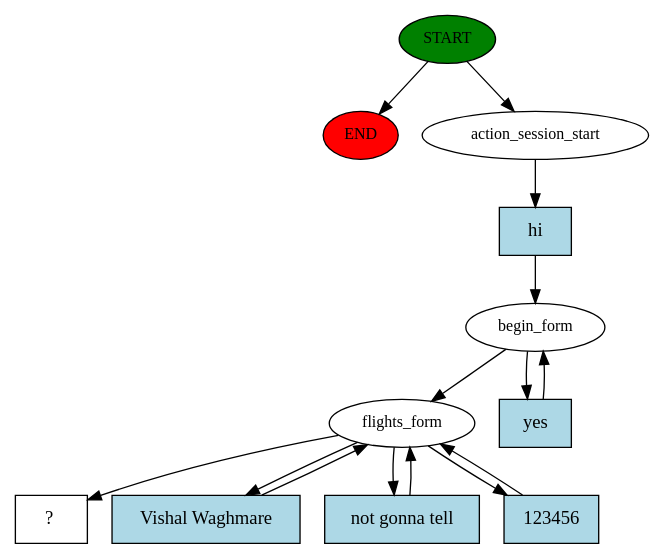
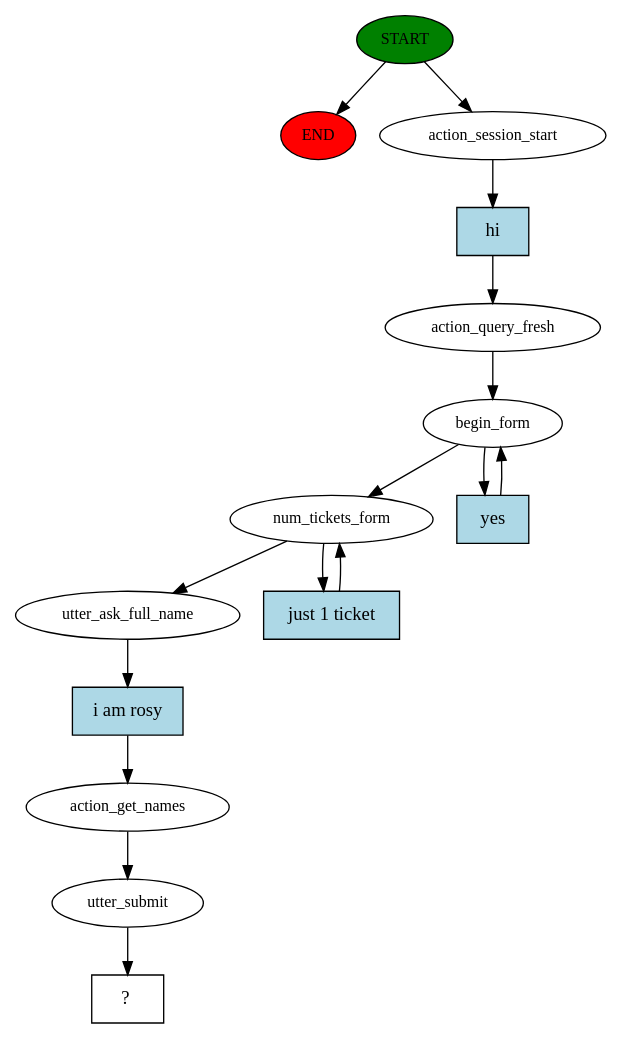
One commit to vishalw-iitk/Rasa_flight_tickets changed the diagram in rasa_main/story_graph.dot. Above: the diagram before and after it, drawn with Graphviz. The commit also changed 6 other files, not shown here.

Commit message:
amadeus api working for flights form | working actions ticket show preview | And slot without form for full_name working

```diff
--- a/rasa_main/story_graph.dot
+++ b/rasa_main/story_graph.dot
@@ -1,27 +1,31 @@
 digraph  {
 0 [class="start active", fillcolor=green, fontsize=12, label=START, style=filled];
 "-1" [class=end, fillcolor=red, fontsize=12, label=END, style=filled];
 1 [class=active, fontsize=12, label=action_session_start];
-2 [class=active, fontsize=12, label=begin_form];
-4 [class=active, fontsize=12, label=flights_form];
-8 [class="intent dashed active", label="  ?  ", shape=rect];
-9 [class="intent active", fillcolor=lightblue, label=hi, shape=rect, style=filled];
-10 [class="intent active", fillcolor=lightblue, label=yes, shape=rect, style=filled];
-11 [class="intent active", fillcolor=lightblue, label="Vishal Waghmare", shape=rect, style=filled];
-12 [class="intent active", fillcolor=lightblue, label="not gonna tell", shape=rect, style=filled];
-13 [class="intent active", fillcolor=lightblue, label=123456, shape=rect, style=filled];
+2 [class=active, fontsize=12, label=action_query_fresh];
+3 [class=active, fontsize=12, label=begin_form];
+5 [class=active, fontsize=12, label=num_tickets_form];
+7 [class=active, fontsize=12, label=utter_ask_full_name];
+8 [class=active, fontsize=12, label=action_get_names];
+9 [class=active, fontsize=12, label=utter_submit];
+10 [class="intent dashed active", label="  ?  ", shape=rect];
+11 [class="intent active", fillcolor=lightblue, label=hi, shape=rect, style=filled];
+12 [class="intent active", fillcolor=lightblue, label=yes, shape=rect, style=filled];
+13 [class="intent active", fillcolor=lightblue, label="just 1 ticket", shape=rect, style=filled];
+14 [class="intent active", fillcolor=lightblue, label="i am rosy", shape=rect, style=filled];
 0 -> "-1"  [class="", key=NONE, label=""];
 0 -> 1  [class=active, key=NONE, label=""];
-1 -> 9  [class=active, key=0];
-2 -> 4  [class=active, key=NONE, label=""];
-2 -> 10  [class=active, key=0];
-4 -> 8  [class=active, key=NONE, label=""];
-4 -> 11  [class=active, key=0];
-4 -> 12  [class=active, key=0];
-4 -> 13  [class=active, key=0];
-9 -> 2  [class=active, key=0];
-10 -> 2  [class=active, key=0];
-11 -> 4  [class=active, key=0];
-12 -> 4  [class=active, key=0];
-13 -> 4  [class=active, key=0];
+1 -> 11  [class=active, key=0];
+2 -> 3  [class=active, key=NONE, label=""];
+3 -> 5  [class=active, key=NONE, label=""];
+3 -> 12  [class=active, key=0];
+5 -> 7  [class=active, key=NONE, label=""];
+5 -> 13  [class=active, key=0];
+7 -> 14  [class=active, key=0];
+8 -> 9  [class=active, key=NONE, label=""];
+9 -> 10  [class=active, key=NONE, label=""];
+11 -> 2  [class=active, key=0];
+12 -> 3  [class=active, key=0];
+13 -> 5  [class=active, key=0];
+14 -> 8  [class=active, key=0];
 }
```
